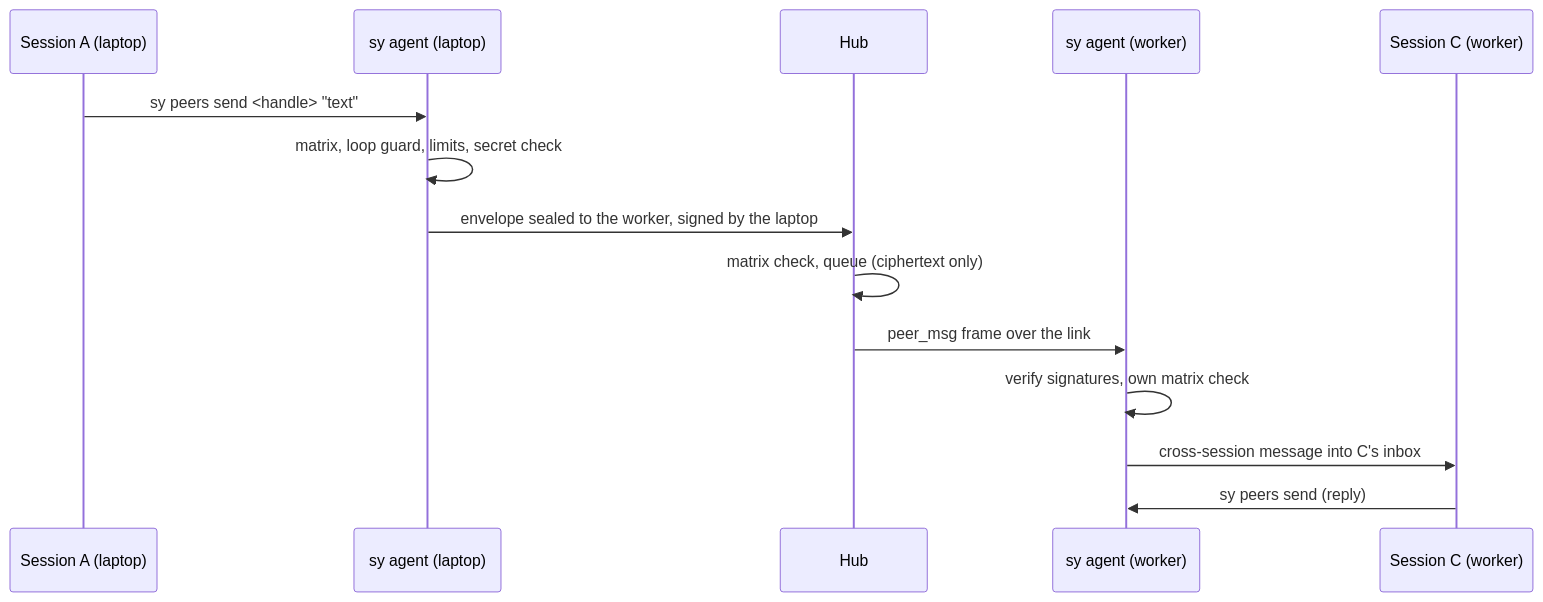
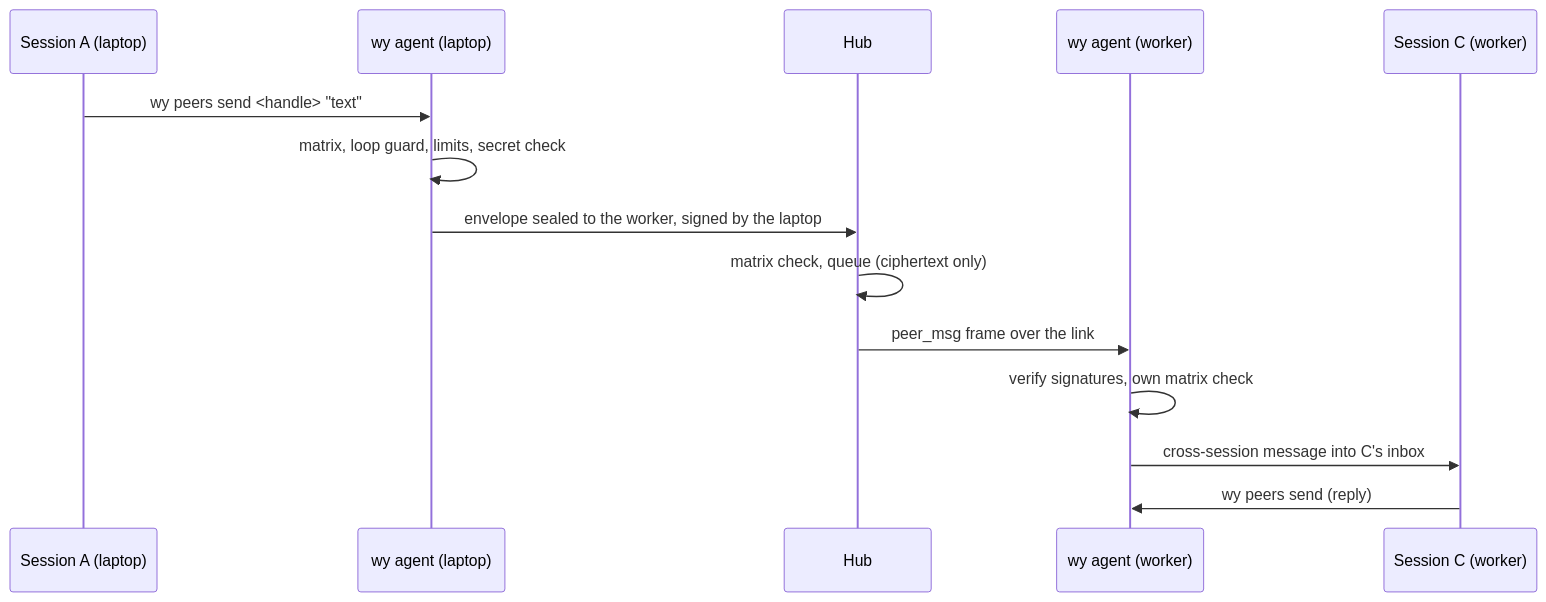
Before and after one commit to mraj602/switchyard: the second of 2 diagrams in docs/guide/peers.md, drawn with Mermaid. The commit also changed other lines of this file and 1273 other files, not shown here.

````diff
--- a/docs/guide/peers.md
+++ b/docs/guide/peers.md
@@ -144,16 +144,16 @@
 ```mermaid
 sequenceDiagram
     participant A as Session A (laptop)
-    participant AL as sy agent (laptop)
+    participant AL as wy agent (laptop)
     participant H as Hub
-    participant WA as sy agent (worker)
+    participant WA as wy agent (worker)
     participant C as Session C (worker)
-    A->>AL: sy peers send #lt;handle#gt; "text"
+    A->>AL: wy peers send #lt;handle#gt; "text"
     AL->>AL: matrix, loop guard, limits, secret check
     AL->>H: envelope sealed to the worker, signed by the laptop
     H->>H: matrix check, queue (ciphertext only)
     H->>WA: peer_msg frame over the link
     WA->>WA: verify signatures, own matrix check
     WA->>C: cross-session message into C's inbox
-    C->>WA: sy peers send (reply)
+    C->>WA: wy peers send (reply)
 ```
````
